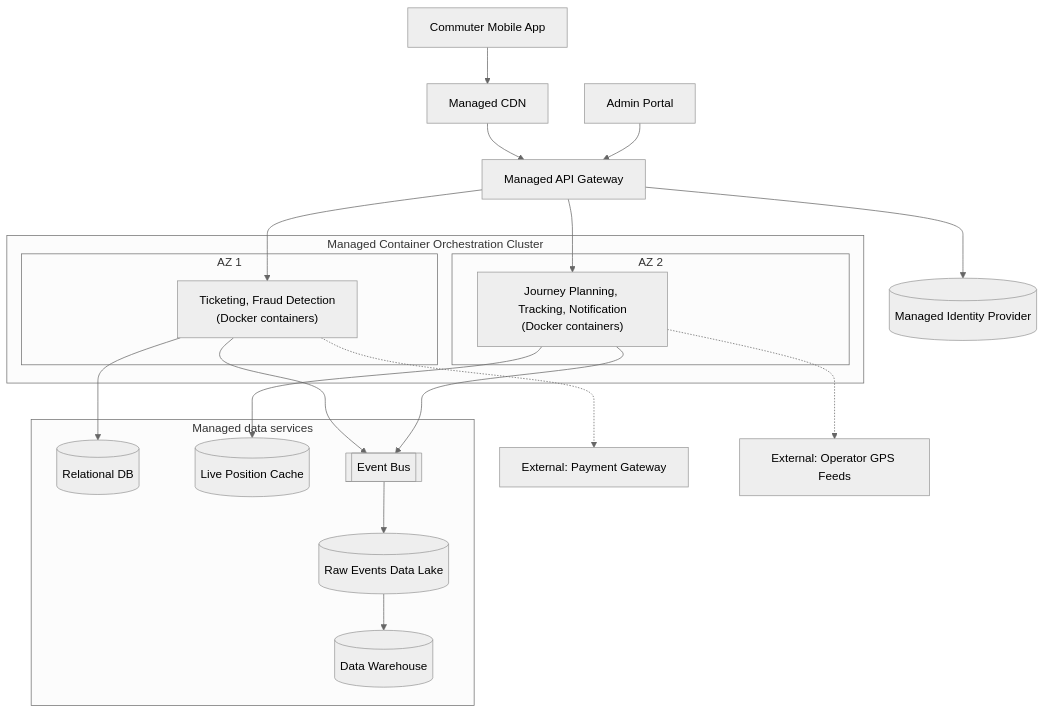
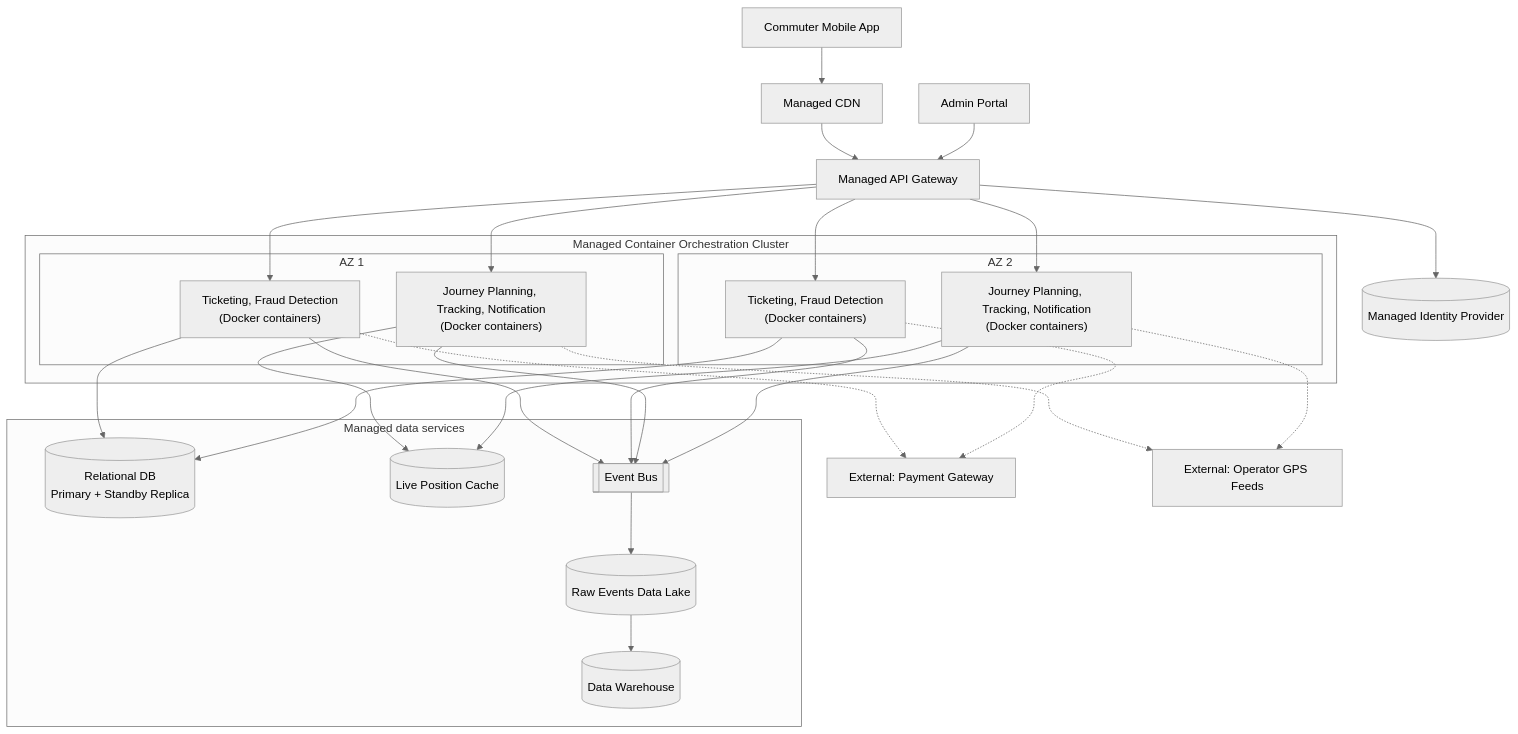
Before and after one commit to Malachi-H/SoftwareArchitectureDiagramsSource: the diagram in 09_4.3_deployment-diagram.mmd, drawn with Mermaid (neutral theme). The commit also changed 2 other files, not shown here.

Commit message:
Updated C4 diagram like consistency with the doc

```diff
--- a/09_4.3_deployment-diagram.mmd
+++ b/09_4.3_deployment-diagram.mmd
@@ -1,28 +1,38 @@
 graph TD
     MA[Commuter Mobile App] --> CDN[Managed CDN] --> GW[Managed API Gateway]
     AP[Admin Portal] --> GW
     GW --> IDP[(Managed Identity Provider)]
     subgraph ORCH["Managed Container Orchestration Cluster"]
         subgraph "AZ 1"
-            C1["Ticketing, Fraud Detection<br/>(Docker containers)"]
+            C1a["Ticketing, Fraud Detection<br/>(Docker containers)"]
+            C2a["Journey Planning, Tracking, Notification<br/>(Docker containers)"]
         end
         subgraph "AZ 2"
-            C2["Journey Planning, Tracking, Notification<br/>(Docker containers)"]
+            C1b["Ticketing, Fraud Detection<br/>(Docker containers)"]
+            C2b["Journey Planning, Tracking, Notification<br/>(Docker containers)"]
         end
     end
-    GW --> C1
-    GW --> C2
+    GW --> C1a
+    GW --> C2a
+    GW --> C1b
+    GW --> C2b
     subgraph "Managed data services"
-        DB[(Relational DB)]
+        DB[(Relational DB<br/>Primary + Standby Replica)]
         CACHE[(Live Position Cache)]
         BUS[[Event Bus]]
         LAKE[(Raw Events Data Lake)]
         DW[(Data Warehouse)]
     end
-    C1 --> DB
-    C1 --> BUS
-    C2 --> CACHE
-    C2 --> BUS
+    C1a --> DB
+    C1b --> DB
+    C1a --> BUS
+    C1b --> BUS
+    C2a --> CACHE
+    C2b --> CACHE
+    C2a --> BUS
+    C2b --> BUS
     BUS --> LAKE --> DW
-    C1 -.-> EXT1[External: Payment Gateway]
-    C2 -.-> EXT2[External: Operator GPS Feeds]
+    C1a -.-> EXT1[External: Payment Gateway]
+    C1b -.-> EXT1
+    C2a -.-> EXT2[External: Operator GPS Feeds]
+    C2b -.-> EXT2
```
